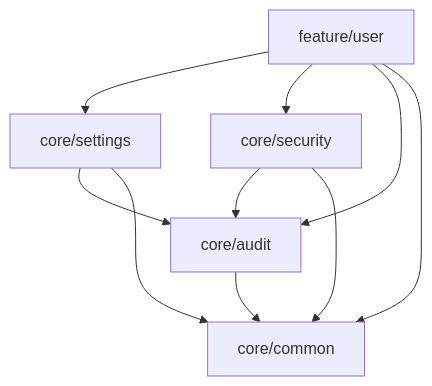
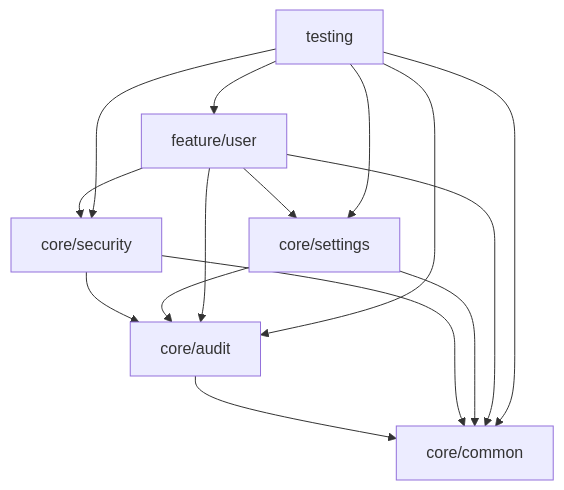
Before and after one commit to mudrichenkoevgeny/shared-foundation: the first of 6 diagrams in ARCHITECTURE.md, drawn with Mermaid. The commit also changed 149 other files, not shown here.

````diff
--- a/ARCHITECTURE.md
+++ b/ARCHITECTURE.md
@@ -9,20 +9,27 @@
 ```mermaid
 graph TD
     core_common["core/common"]
     core_audit["core/audit"]
     core_security["core/security"]
     core_settings["core/settings"]
     
     feature_user["feature/user"]
+    testing["testing"]
     
     core_audit --> core_common
     core_security --> core_audit
     core_security --> core_common
     core_settings --> core_audit
     core_settings --> core_common
     
     feature_user --> core_settings
     feature_user --> core_security
     feature_user --> core_audit
     feature_user --> core_common
+
+    testing --> feature_user
+    testing --> core_settings
+    testing --> core_security
+    testing --> core_audit
+    testing --> core_common
 ```
````
